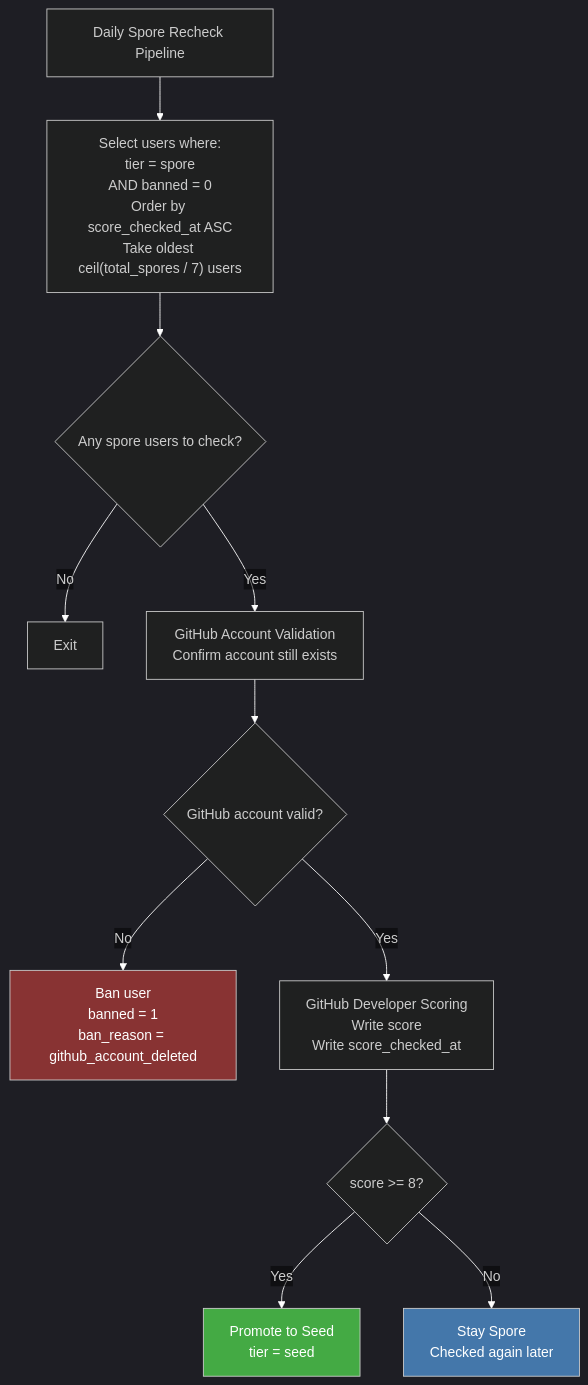
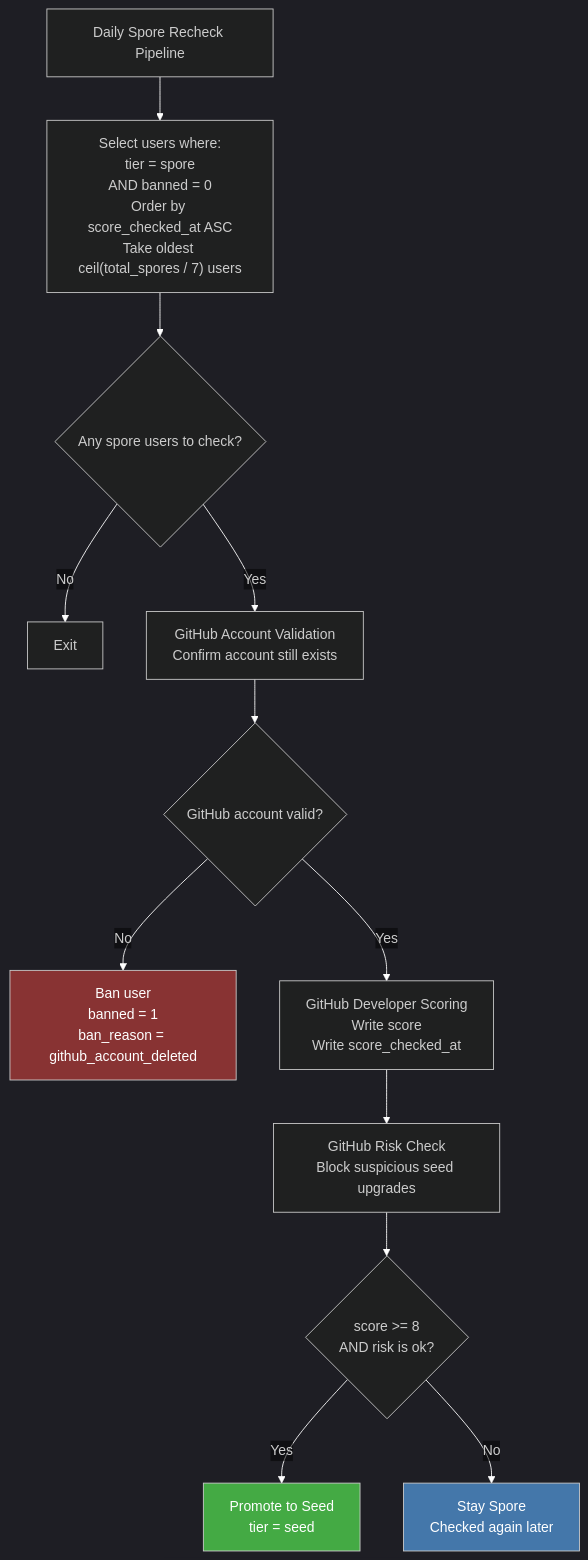
Before and after one commit to pollinations/pollinations: the second of 2 diagrams in enter.pollinations.ai/scripts/user-pipeline/README.md, drawn with Mermaid. The commit also changed other lines of this file and 4 other files, not shown here.

Commit message:
feat: split github risk from seed scoring

````diff
--- a/enter.pollinations.ai/scripts/user-pipeline/README.md
+++ b/enter.pollinations.ai/scripts/user-pipeline/README.md
@@ -79,32 +85,36 @@
 ```mermaid
 %%{init: {'theme': 'dark', 'themeVariables': {'lineColor': '#ffffff', 'edgeLabelBackground': 'transparent'}}}%%
 flowchart TD
     A["Daily Spore Recheck Pipeline"] --> B["Select users where:
 tier = spore
 AND banned = 0
 Order by score_checked_at ASC
 Take oldest ceil(total_spores / 7) users"]
 
     B --> C{"Any spore users to check?"}
     C -->|No| D["Exit"]
     C -->|Yes| E["GitHub Account Validation
 Confirm account still exists"]
 
     E --> F{"GitHub account valid?"}
     F -->|No| G["Ban user
 banned = 1
 ban_reason = github_account_deleted"]
     F -->|Yes| H["GitHub Developer Scoring
 Write score
 Write score_checked_at"]
 
-    H --> I{"score >= 8?"}
-    I -->|Yes| J["Promote to Seed
+    H --> I["GitHub Risk Check
+Block suspicious seed upgrades"]
+
+    I --> J{"score >= 8
+AND risk is ok?"}
+    J -->|Yes| K["Promote to Seed
 tier = seed"]
-    I -->|No| K["Stay Spore
+    J -->|No| L["Stay Spore
 Checked again later"]
 
     style G fill:#833,color:#fff
-    style K fill:#47a,color:#fff
-    style J fill:#4a4,color:#fff
+    style L fill:#47a,color:#fff
+    style K fill:#4a4,color:#fff
 ```
````
